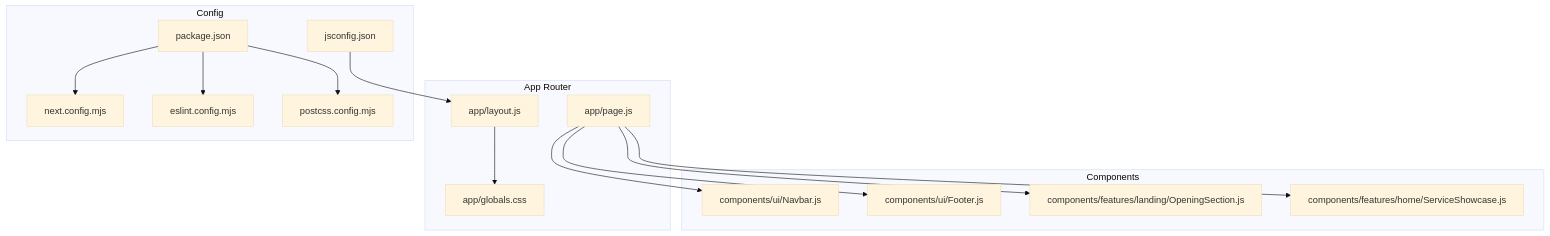
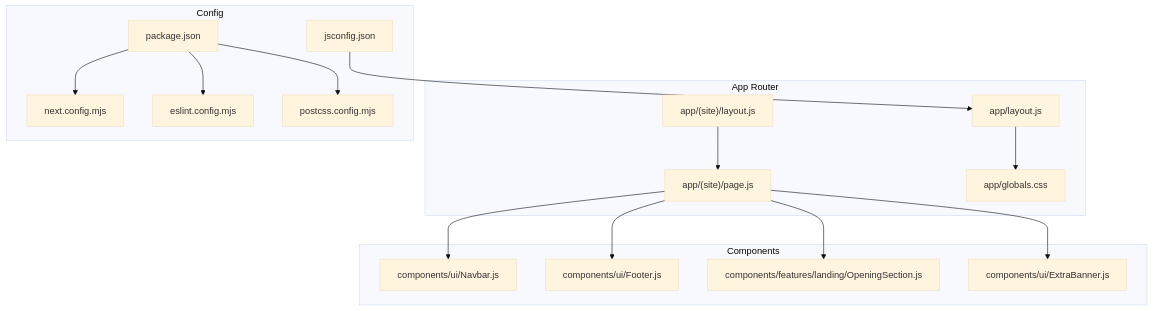
One commit to algorithmsEvolve/momentoclient-fe changed the first of 10 diagrams in docs/en/content/Technology Stack & Dependencies.md. Above: the diagram before and after it, drawn with Mermaid (base theme). The commit also changed other lines of this file and 14 other files, not shown here.

````diff
--- a/docs/en/content/Technology Stack & Dependencies.md
+++ b/docs/en/content/Technology Stack & Dependencies.md
@@ -41,30 +42,32 @@
 ```mermaid
 graph TB
 subgraph "App Router"
 LAYOUT["app/layout.js"]
-PAGE["app/page.js"]
+SITELAYOUT["app/(site)/layout.js"]
+PAGE["app/(site)/page.js"]
 GLOBALS["app/globals.css"]
 end
 subgraph "Components"
 NAVBAR["components/ui/Navbar.js"]
 FOOTER["components/ui/Footer.js"]
 OPENING["components/features/landing/OpeningSection.js"]
-SHOWCASE["components/features/home/ServiceShowcase.js"]
+EXTRABANNER["components/ui/ExtraBanner.js"]
 end
 subgraph "Config"
 PKG["package.json"]
 NEXT["next.config.mjs"]
 ESLINT["eslint.config.mjs"]
 POSTCSS["postcss.config.mjs"]
 JSCFG["jsconfig.json"]
 end
 LAYOUT --> GLOBALS
+SITELAYOUT --> PAGE
 PAGE --> NAVBAR
 PAGE --> FOOTER
 PAGE --> OPENING
-PAGE --> SHOWCASE
+PAGE --> EXTRABANNER
 PKG --> NEXT
 PKG --> ESLINT
 PKG --> POSTCSS
 JSCFG --> LAYOUT
 ```
````
